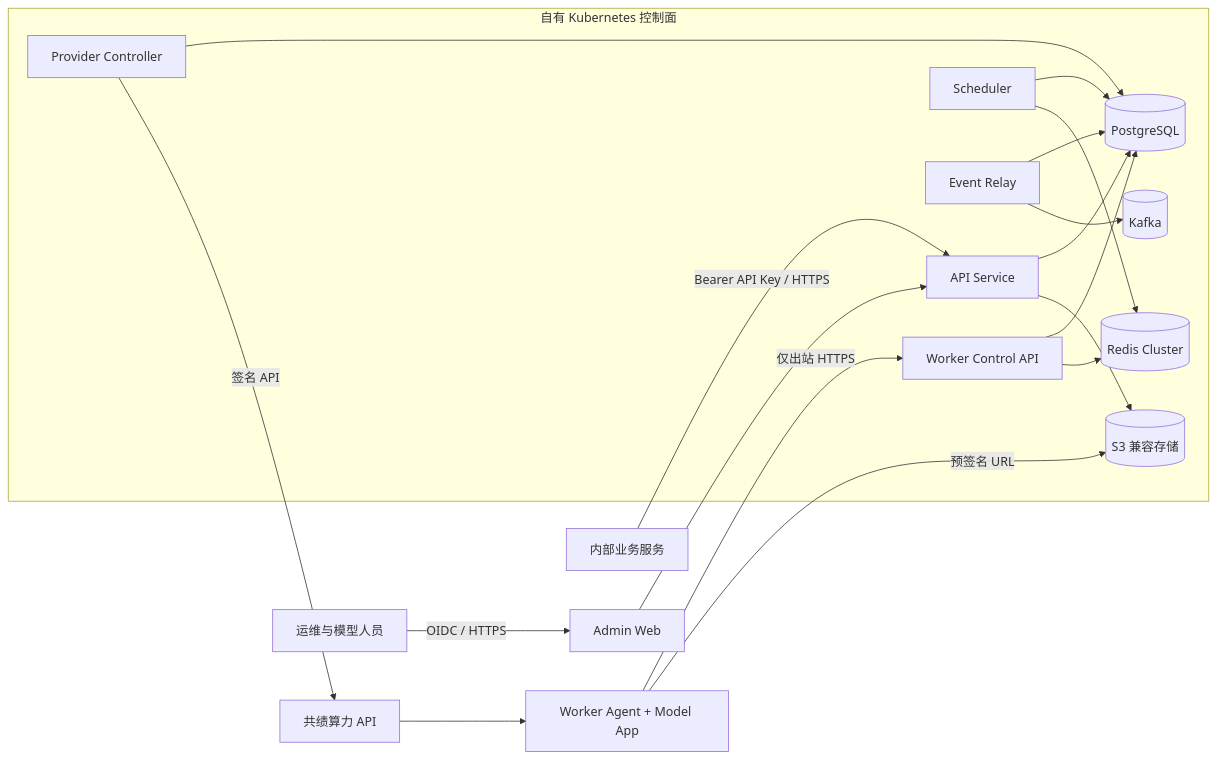
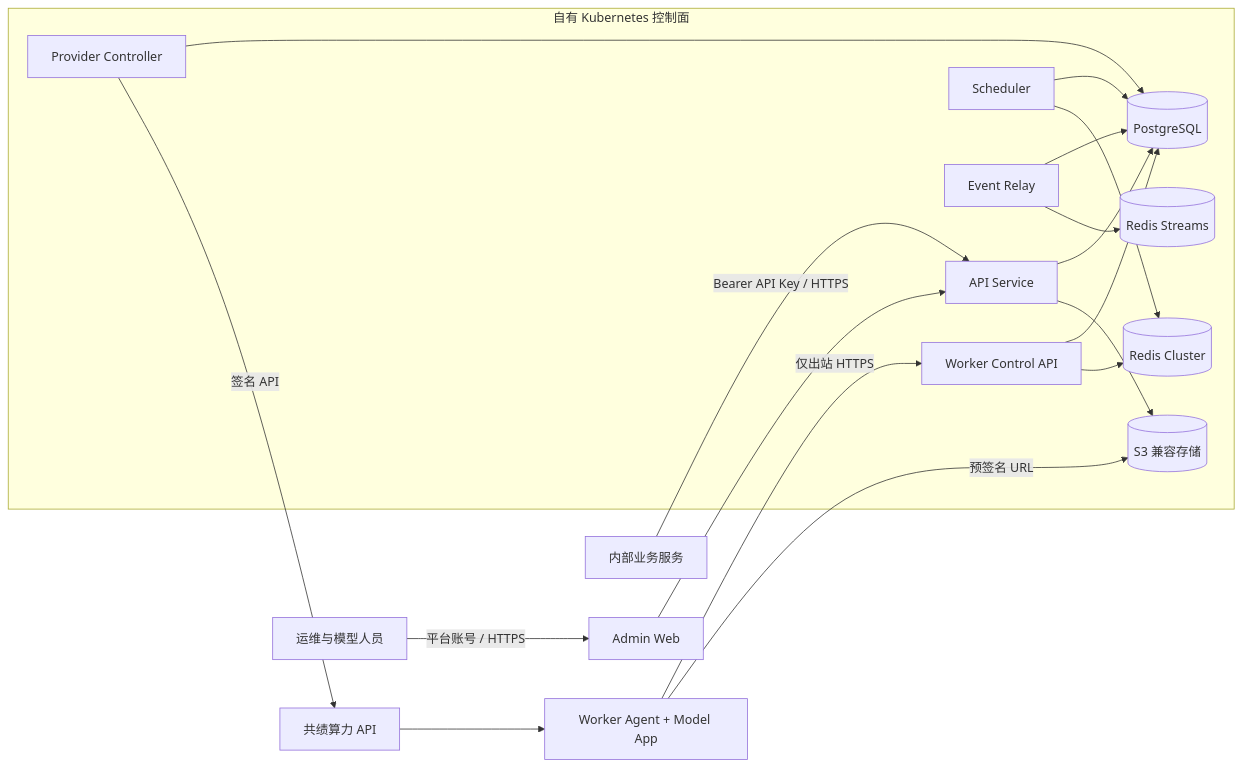
One commit to otoTree/astra changed the first of 4 diagrams in docs/01-system-architecture.md. Above: the diagram before and after it, drawn with Mermaid. The commit also changed other lines of this file and 34 other files, not shown here.

Commit message:
feat(provider): replace kafka relay and encrypt gongji credentials

````diff
--- a/docs/01-system-architecture.md
+++ b/docs/01-system-architecture.md
@@ -7,23 +7,23 @@
 ```mermaid
 flowchart LR
     Client["内部业务服务"] -->|"Bearer API Key / HTTPS"| API["API Service"]
-    Operator["运维与模型人员"] -->|"OIDC / HTTPS"| Admin["Admin Web"]
+    Operator["运维与模型人员"] -->|"平台账号 / HTTPS"| Admin["Admin Web"]
     Admin --> API
 
     subgraph CP["自有 Kubernetes 控制面"]
       API --> PG[("PostgreSQL")]
       API --> S3[("S3 兼容存储")]
       Scheduler["Scheduler"] --> PG
       Scheduler --> Redis[("Redis Cluster")]
       ProviderCtl["Provider Controller"] --> PG
       Relay["Event Relay"] --> PG
-      Relay --> Kafka[("Kafka")]
+      Relay --> RedisStreams[("Redis Streams")]
       AgentAPI["Worker Control API"] --> PG
       AgentAPI --> Redis
     end
 
     ProviderCtl -->|"签名 API"| Gongji["共绩算力 API"]
     Gongji --> Worker["Worker Agent + Model App"]
     Worker -->|"仅出站 HTTPS"| AgentAPI
     Worker -->|"预签名 URL"| S3
 ```
````
